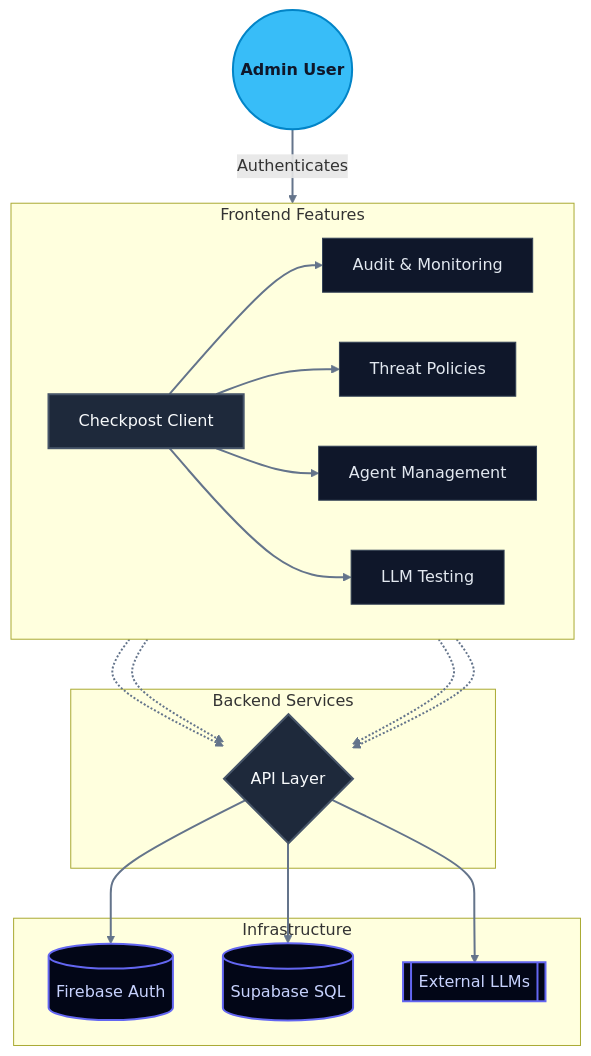
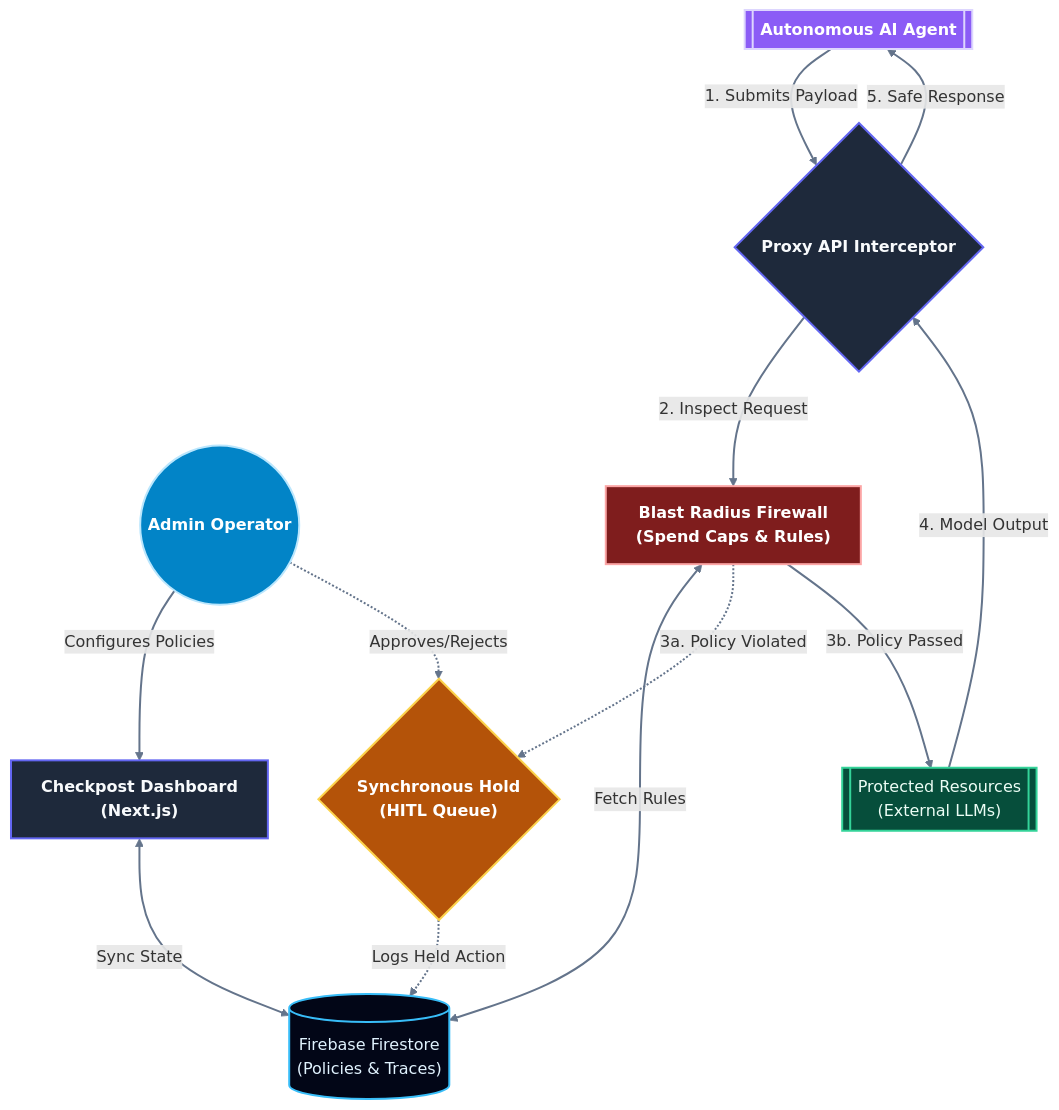
Before and after one commit to pradhan-not-found/vibeforge-project: the diagram in README.md, drawn with Mermaid.

Commit message:
docs: streamline architecture flowchart to improve GitHub readability and showcase security checks

````diff
--- a/README.md
+++ b/README.md
@@ -80,34 +80,40 @@
 ```mermaid
 flowchart TD
-    %% Define sleek, dark-mode friendly professional classes
     classDef default fill:#0f172a,stroke:#334155,stroke-width:1px,color:#e2e8f0
-    classDef highlight fill:#38bdf8,stroke:#0284c7,stroke-width:2px,color:#0f172a,font-weight:bold
-    classDef core fill:#1e293b,stroke:#475569,stroke-width:2px,color:#f8fafc
-    classDef database fill:#020617,stroke:#6366f1,stroke-width:2px,color:#c7d2fe
+    classDef user fill:#0284c7,stroke:#bae6fd,stroke-width:2px,color:#ffffff,font-weight:bold
+    classDef agent fill:#8b5cf6,stroke:#ddd6fe,stroke-width:2px,color:#ffffff,font-weight:bold
+    classDef core fill:#1e293b,stroke:#6366f1,stroke-width:2px,color:#f8fafc,font-weight:bold
+    classDef firewall fill:#7f1d1d,stroke:#fca5a5,stroke-width:2px,color:#ffffff,font-weight:bold
+    classDef db fill:#020617,stroke:#38bdf8,stroke-width:2px,color:#e0f2fe
+    classDef llm fill:#064e3b,stroke:#34d399,stroke-width:2px,color:#ecfdf5
+    classDef alert fill:#b45309,stroke:#fcd34d,stroke-width:2px,color:#ffffff,font-weight:bold
 
-    A((Admin User)):::highlight -->|Authenticates| B[Checkpost Client]:::core
+    Admin(("Admin Operator")):::user
+    Agent[["Autonomous AI Agent"]]:::agent
+
+    Dash["Checkpost Dashboard<br/>(Next.js)"]:::core
+    Proxy{"Proxy API Interceptor"}:::core
     
-    subgraph Frontend Features
-        direction LR
-        B --> C[Audit & Monitoring]
-        B --> D[Threat Policies]
-        B --> E[Agent Management]
-        B --> F[LLM Testing]
-    end
+    WAF["Blast Radius Firewall<br/>(Spend Caps & Rules)"]:::firewall
+    HITL{"Synchronous Hold<br/>(HITL Queue)"}:::alert
     
-    subgraph Backend Services
-        C -.-> G{API Layer}:::core
-        D -.-> G
-        E -.-> G
-        F -.-> G
-    end
+    DB[("Firebase Firestore<br/>(Policies & Traces)")]:::db
+    LLMs[["Protected Resources<br/>(External LLMs)"]]:::llm
+
+    Admin -->|Configures Policies| Dash
+    Admin -.->|Approves/Rejects| HITL
+    Dash <-->|Sync State| DB
+
+    Agent ==>|1. Submits Payload| Proxy
+    Proxy -->|2. Inspect Request| WAF
+    WAF <-->|Fetch Rules| DB
     
-    subgraph Infrastructure
-        G ==> H[(Firebase Auth)]:::database
-        G ==> I[(Supabase SQL)]:::database
-        G ==> J[[External LLMs]]:::database
-    end
+    WAF -.->|3a. Policy Violated| HITL
+    HITL -.->|Logs Held Action| DB
+    
+    WAF ==>|3b. Policy Passed| LLMs
+    LLMs ==>|4. Model Output| Proxy
+    Proxy ==>|5. Safe Response| Agent
 
-    %% Link styles
     linkStyle default stroke:#64748b,stroke-width:2px,fill:none
 ```
````
